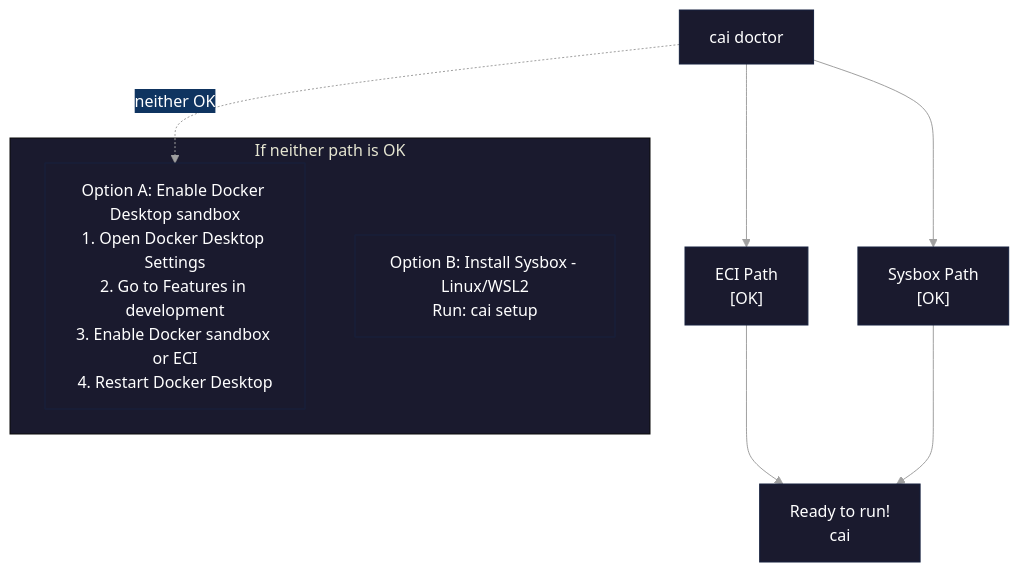
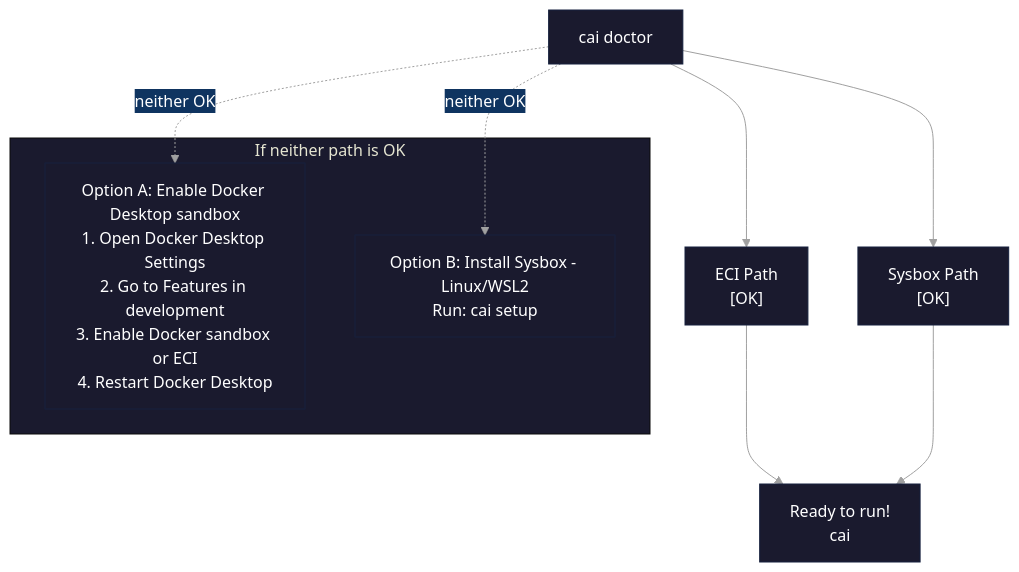
Before and after one commit to novotnyllc/ContainAI: the first of 2 diagrams in docs/quickstart.md, drawn with Mermaid.

Commit message:
fix(docs): connect both fallback options in decision tree
Both Option A and Option B should be visually connected from the
"neither OK" path in the decision tree flowchart.

Task: fn-10-vep.31

````diff
--- a/docs/quickstart.md
+++ b/docs/quickstart.md
@@ -65,25 +65,26 @@
 ```mermaid
 %%{init: {'theme': 'base', 'themeVariables': {
   'primaryColor': '#1a1a2e',
   'primaryTextColor': '#ffffff',
   'primaryBorderColor': '#16213e',
   'secondaryColor': '#0f3460',
   'tertiaryColor': '#1a1a2e',
   'lineColor': '#a0a0a0',
   'textColor': '#ffffff',
   'background': '#0d1117'
 }}}%%
 flowchart TD
     doctor["cai doctor"]
     doctor --> eci["ECI Path<br/>[OK]"]
     doctor --> sysbox["Sysbox Path<br/>[OK]"]
     eci --> ready["Ready to run!<br/>cai"]
     sysbox --> ready
 
     doctor -.->|neither OK| optionA
+    doctor -.->|neither OK| optionB
 
     subgraph fallback["If neither path is OK"]
         optionA["Option A: Enable Docker Desktop sandbox<br/>1. Open Docker Desktop Settings<br/>2. Go to Features in development<br/>3. Enable Docker sandbox or ECI<br/>4. Restart Docker Desktop"]
         optionB["Option B: Install Sysbox - Linux/WSL2<br/>Run: cai setup"]
     end
 ```
````
